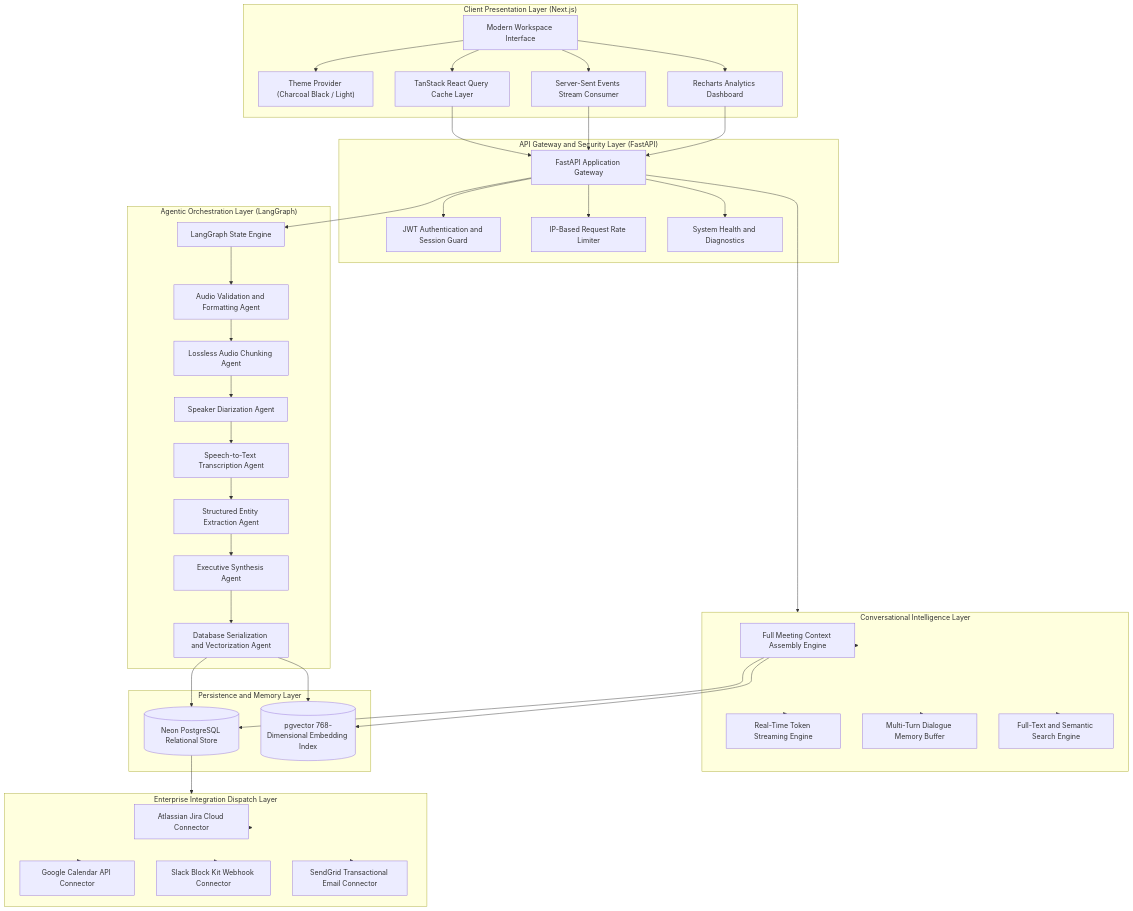
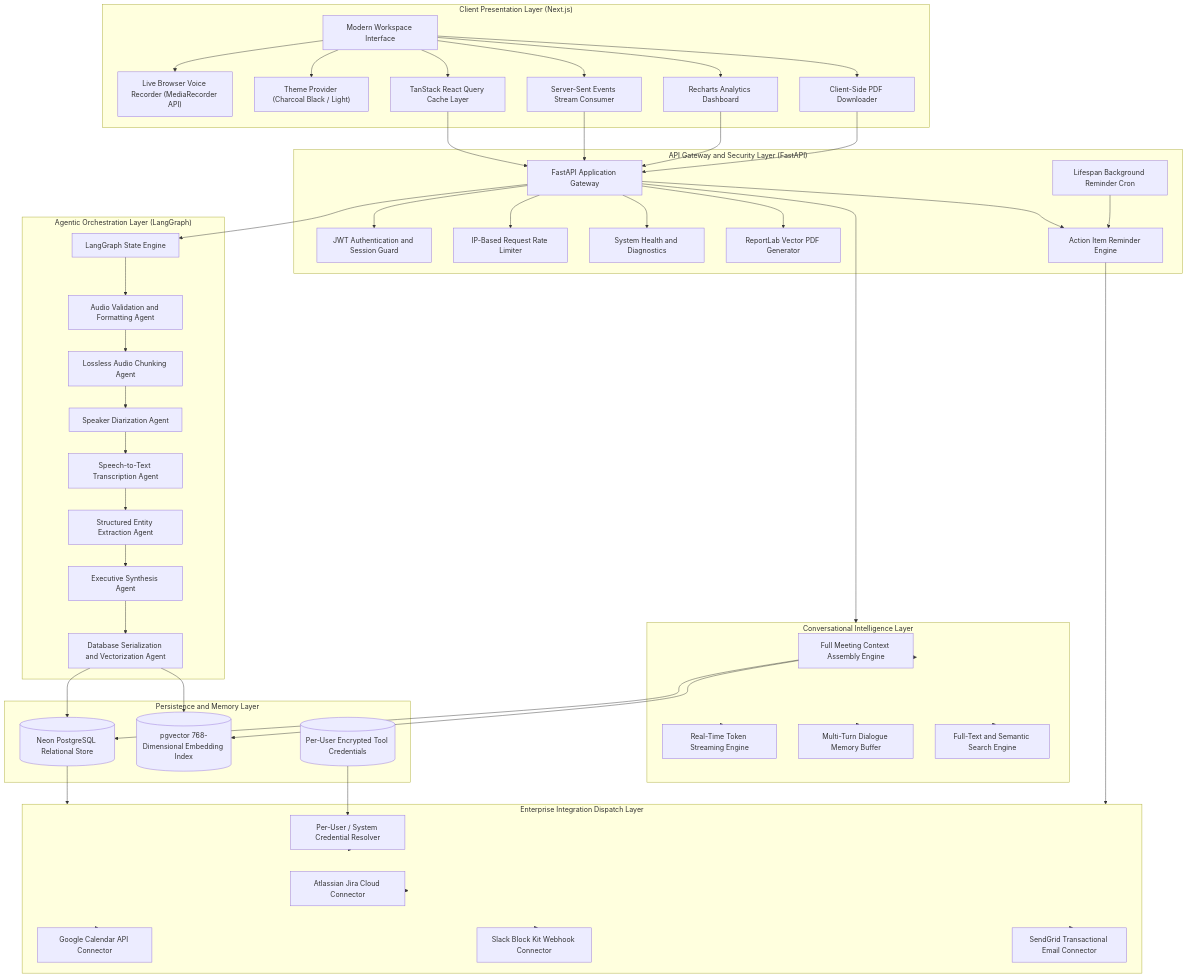
One commit to ultronop592/Meeting-Intelligence-Agent changed the first of 2 diagrams in Readme.md. Above: the diagram before and after it, drawn with Mermaid. The commit also changed other lines of this file and 8 other files, not shown here.

````diff
--- a/Readme.md
+++ b/Readme.md
@@ -32,10 +35,12 @@
 graph TB
     subgraph ClientPresentationLayer ["Client Presentation Layer (Next.js)"]
         UI["Modern Workspace Interface"]
+        LiveRecorder["Live Browser Voice Recorder (MediaRecorder API)"]
         ThemeEngine["Theme Provider (Charcoal Black / Light)"]
         QueryClient["TanStack React Query Cache Layer"]
         StreamHandler["Server-Sent Events Stream Consumer"]
         AnalyticsUI["Recharts Analytics Dashboard"]
+        PDFExportUI["Client-Side PDF Downloader"]
     end
 
     subgraph APIGatewayLayer ["API Gateway and Security Layer (FastAPI)"]
@@ -43,6 +48,9 @@
         AuthGuard["JWT Authentication and Session Guard"]
         RateLimiter["IP-Based Request Rate Limiter"]
         HealthService["System Health and Diagnostics"]
+        PDFExportService["ReportLab Vector PDF Generator"]
+        ReminderService["Action Item Reminder Engine"]
+        ReminderScheduler["Lifespan Background Reminder Cron"]
     end
 
     subgraph AgenticOrchestrationLayer ["Agentic Orchestration Layer (LangGraph)"]
@@ -66,27 +74,35 @@
     subgraph PersistenceLayer ["Persistence and Memory Layer"]
         RelationalDB[("Neon PostgreSQL Relational Store")]
         VectorStore[("pgvector 768-Dimensional Embedding Index")]
+        UserCredentialsStore[("Per-User Encrypted Tool Credentials")]
     end
 
     subgraph EnterpriseIntegrationLayer ["Enterprise Integration Dispatch Layer"]
+        CredentialResolver["Per-User / System Credential Resolver"]
         JiraConnector["Atlassian Jira Cloud Connector"]
         CalendarConnector["Google Calendar API Connector"]
         SlackConnector["Slack Block Kit Webhook Connector"]
         EmailConnector["SendGrid Transactional Email Connector"]
     end
 
+    UI --> LiveRecorder
     UI --> ThemeEngine
     UI --> QueryClient
     UI --> StreamHandler
     UI --> AnalyticsUI
+    UI --> PDFExportUI
 
     QueryClient --> Gateway
     StreamHandler --> Gateway
     AnalyticsUI --> Gateway
+    PDFExportUI --> Gateway
 
     Gateway --> AuthGuard
     Gateway --> RateLimiter
     Gateway --> HealthService
+    Gateway --> PDFExportService
+    Gateway --> ReminderService
+    ReminderScheduler --> ReminderService
 
     Gateway --> GraphEngine
     Gateway --> ConversationalIntelligenceLayer
@@ -110,8 +126,11 @@
     ConversationalIntelligenceLayer --> GlobalSearchEngine
 
     RelationalDB --> EnterpriseIntegrationLayer
+    UserCredentialsStore --> CredentialResolver
+    CredentialResolver --> EnterpriseIntegrationLayer
     EnterpriseIntegrationLayer --> JiraConnector
     EnterpriseIntegrationLayer --> CalendarConnector
     EnterpriseIntegrationLayer --> SlackConnector
     EnterpriseIntegrationLayer --> EmailConnector
+    ReminderService --> EnterpriseIntegrationLayer
 ```
````
